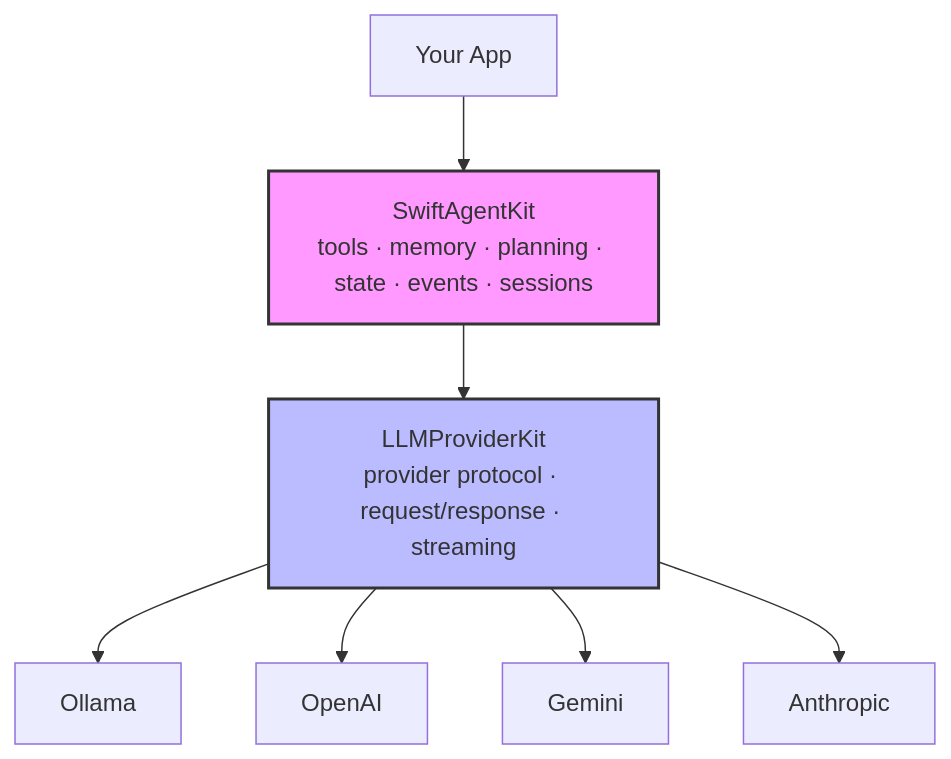
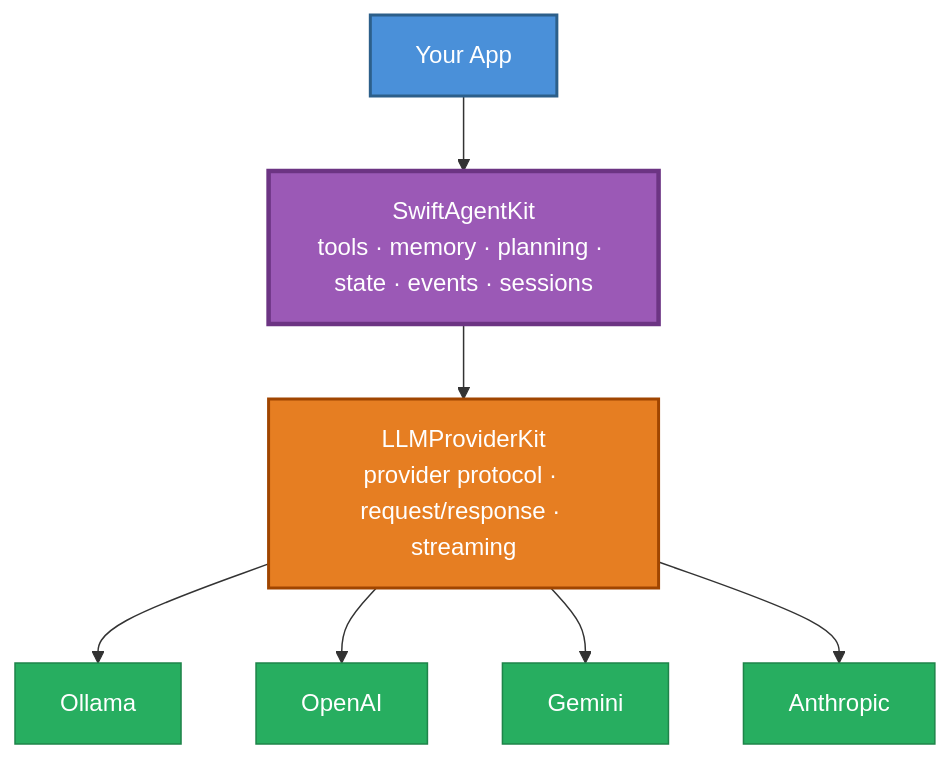
The fifth of 5 diagrams in README.md (ayman3000/SwiftAgentKit), drawn with Mermaid before and after one commit. The commit also changed other lines of this file, not shown here.

Commit message:
docs: polish pass — Who is this for, 10-sec overview, semantic diagram colors, conservative comparison table, quick demo

````diff
--- a/README.md
+++ b/README.md
@@ -380,20 +496,25 @@
 ```mermaid
 graph TD
     APP["Your App"]
     SAK["SwiftAgentKit<br/>tools · memory · planning · state · events · sessions"]
     LPK["LLMProviderKit<br/>provider protocol · request/response · streaming"]
     P1["Ollama"]
     P2["OpenAI"]
     P3["Gemini"]
     P4["Anthropic"]
 
     APP --> SAK
     SAK --> LPK
     LPK --> P1
     LPK --> P2
     LPK --> P3
     LPK --> P4
 
-    style SAK fill:#f9f,stroke:#333,stroke-width:2px
-    style LPK fill:#bbf,stroke:#333,stroke-width:2px
+    style APP fill:#4A90D9,stroke:#2C5F8A,stroke-width:2px,color:#fff
+    style SAK fill:#9B59B6,stroke:#6C3483,stroke-width:3px,color:#fff
+    style LPK fill:#E67E22,stroke:#A04500,stroke-width:2px,color:#fff
+    style P1 fill:#27AE60,stroke:#1E8449,stroke-width:1px,color:#fff
+    style P2 fill:#27AE60,stroke:#1E8449,stroke-width:1px,color:#fff
+    style P3 fill:#27AE60,stroke:#1E8449,stroke-width:1px,color:#fff
+    style P4 fill:#27AE60,stroke:#1E8449,stroke-width:1px,color:#fff
 ```
````
